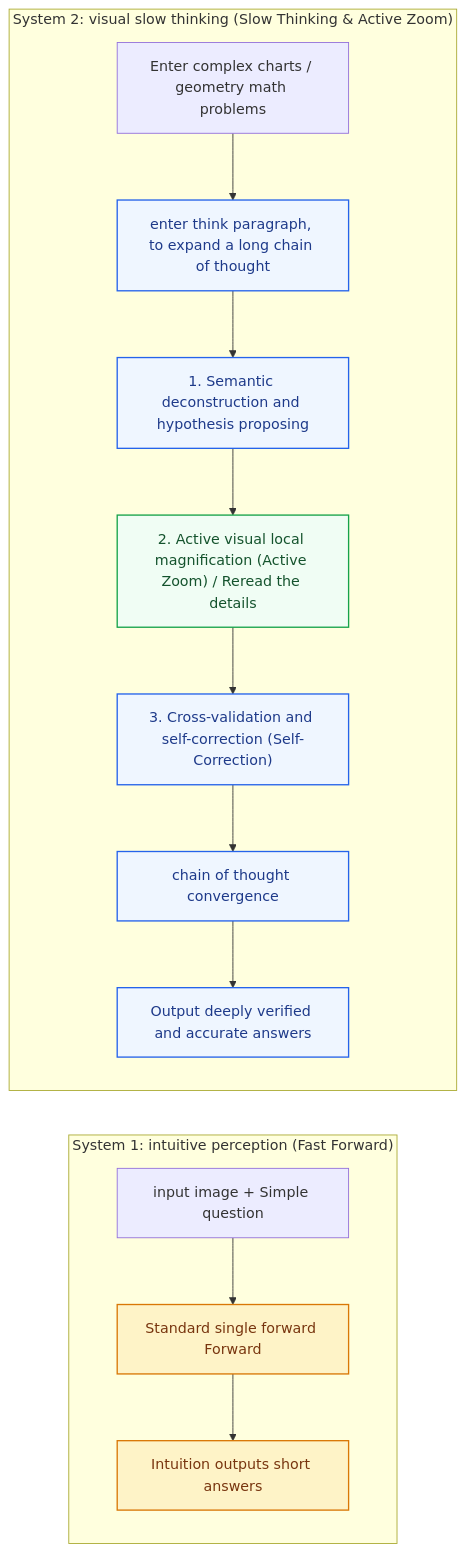
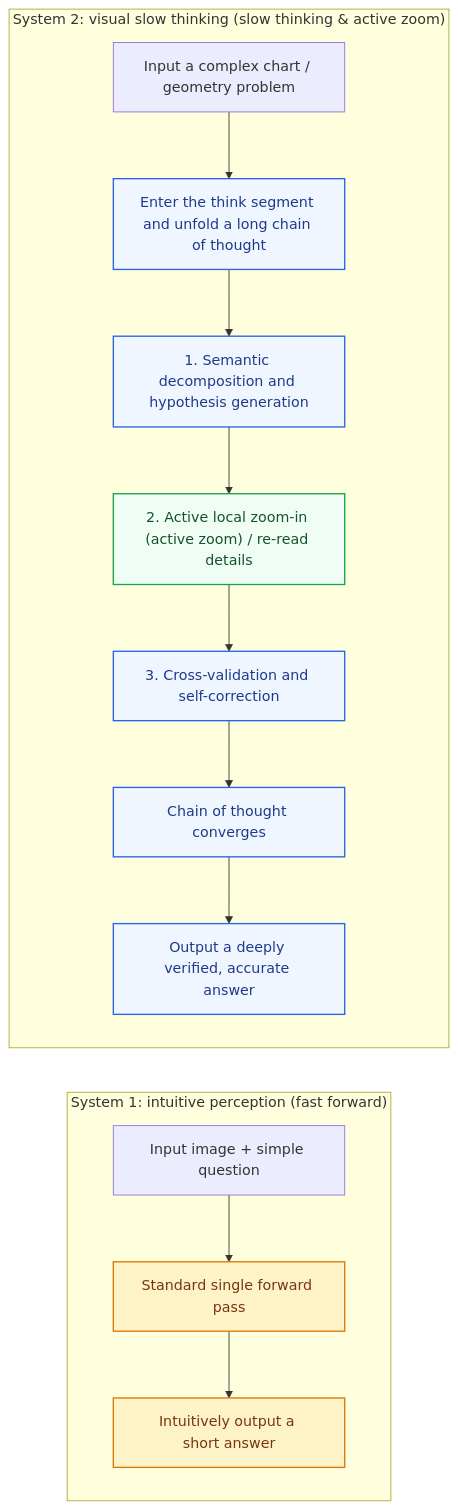
Before and after one commit to TingdeLiu/tingdeliu.github.io: the seventh of 15 diagrams in _translations/en/research/VLM-Survey.md, drawn with Mermaid. The commit also changed other lines of this file and 51 other files, not shown here.

````diff
--- a/_translations/en/research/VLM-Survey.md
+++ b/_translations/en/research/VLM-Survey.md
@@ -958,22 +958,22 @@
 ```mermaid
 flowchart LR
     classDef sys1 fill:#fef3c7,stroke:#d97706,stroke-width:1.5px,color:#78350f;
     classDef sys2 fill:#eff6ff,stroke:#2563eb,stroke-width:1.5px,color:#1e3a8a;
     classDef act fill:#f0fdf4,stroke:#16a34a,stroke-width:1.5px,color:#14532d;
 
-    subgraph S1 ["System 1: intuitive perception (Fast Forward)"]
+    subgraph S1 ["System 1: intuitive perception (fast forward)"]
         direction TB
-        Q1["input image + Simple question"] --> V1["Standard single forward Forward"]:::sys1
-        V1 --> Ans1["Intuition outputs short answers"]:::sys1
+        Q1["Input image + simple question"] --> V1["Standard single forward pass"]:::sys1
+        V1 --> Ans1["Intuitively output a short answer"]:::sys1
     end
 
-    subgraph S2 ["System 2: visual slow thinking (Slow Thinking & Active Zoom)"]
+    subgraph S2 ["System 2: visual slow thinking (slow thinking & active zoom)"]
         direction TB
-        Q2["Enter complex charts / geometry math problems"] --> ThinkStart["enter think paragraph, to expand a long chain of thought"]:::sys2
-        ThinkStart --> Decomp["1. Semantic deconstruction and hypothesis proposing"]:::sys2
-        Decomp --> ActiveCrop["2. Active visual local magnification (Active Zoom) / Reread the details"]:::act
-        ActiveCrop --> Verify["3. Cross-validation and self-correction (Self-Correction)"]:::sys2
-        Verify --> ThinkEnd["chain of thought convergence"]:::sys2
-        ThinkEnd --> Ans2["Output deeply verified and accurate answers"]:::sys2
+        Q2["Input a complex chart / geometry problem"] --> ThinkStart["Enter the think segment and unfold a long chain of thought"]:::sys2
+        ThinkStart --> Decomp["1. Semantic decomposition and hypothesis generation"]:::sys2
+        Decomp --> ActiveCrop["2. Active local zoom-in (active zoom) / re-read details"]:::act
+        ActiveCrop --> Verify["3. Cross-validation and self-correction"]:::sys2
+        Verify --> ThinkEnd["Chain of thought converges"]:::sys2
+        ThinkEnd --> Ans2["Output a deeply verified, accurate answer"]:::sys2
     end
 ```
````
